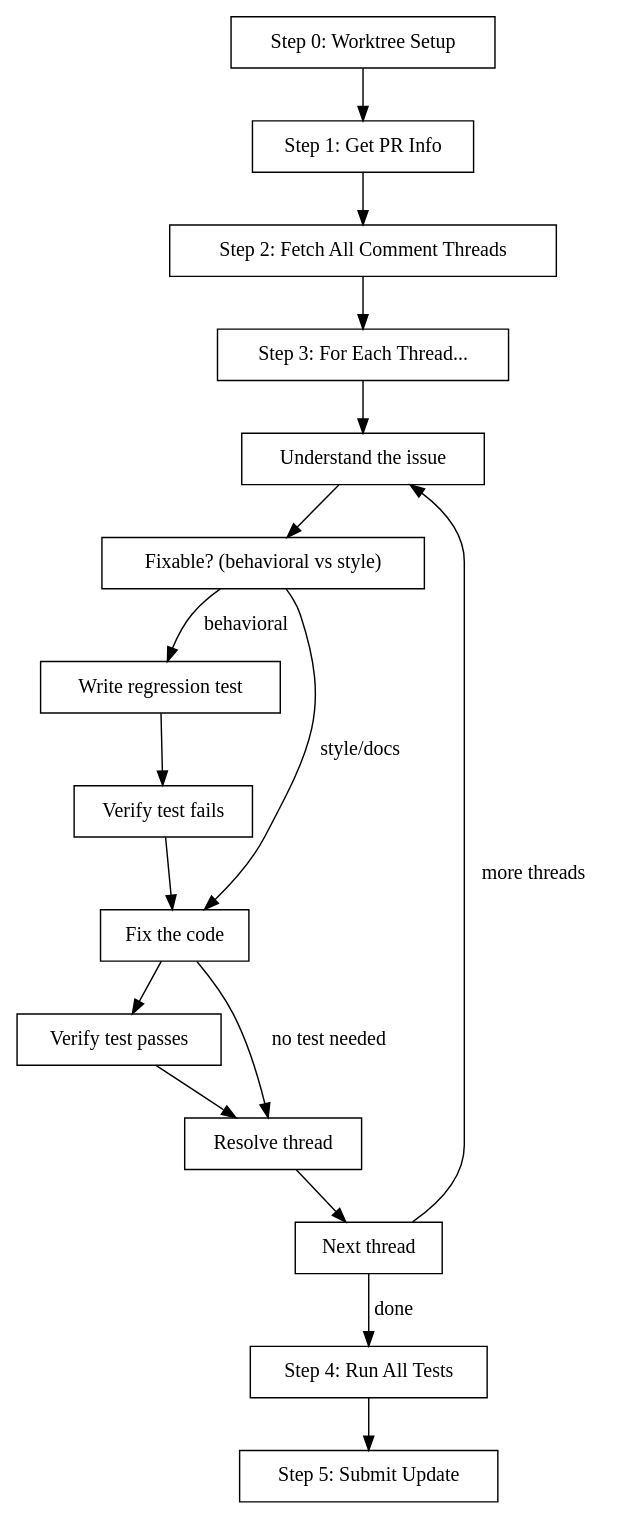
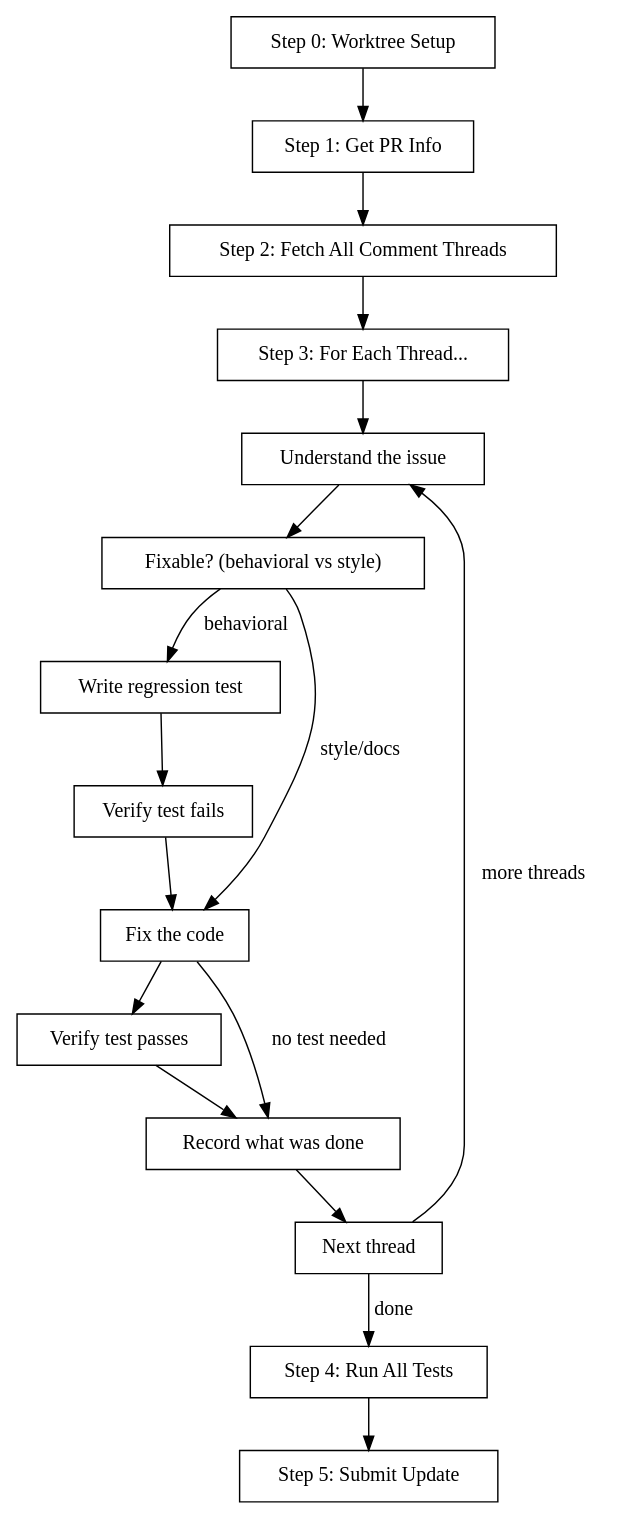
Before and after one commit to relh/metta: the diagram in skills/pr.fix-comments/SKILL.md, drawn with Graphviz. The commit also changed other lines of this file and 2 other files, not shown here.

First line of the commit message:
feat(skills): verify push and code correctness before resolving PR comments (#6617)

````diff
--- a/skills/pr.fix-comments/SKILL.md
+++ b/skills/pr.fix-comments/SKILL.md
@@ -21,30 +21,30 @@
 ```dot
 digraph fix_comments {
   rankdir=TB;
   node [shape=box];
 
   worktree [label="Step 0: Worktree Setup"];
   get_pr [label="Step 1: Get PR Info"];
   fetch [label="Step 2: Fetch All Comment Threads"];
   analyze [label="Step 3: For Each Thread..."];
   understand [label="Understand the issue"];
   decide [label="Fixable? (behavioral vs style)"];
   write_test [label="Write regression test"];
   verify_fail [label="Verify test fails"];
   fix [label="Fix the code"];
   verify_pass [label="Verify test passes"];
-  resolve [label="Resolve thread"];
+  record [label="Record what was done"];
   next [label="Next thread"];
   test [label="Step 4: Run All Tests"];
   submit [label="Step 5: Submit Update"];
 
   worktree -> get_pr -> fetch -> analyze -> understand -> decide;
   decide -> write_test [label="behavioral"];
   decide -> fix [label="style/docs"];
-  write_test -> verify_fail -> fix -> verify_pass -> resolve -> next;
-  fix -> resolve [label="no test needed"];
+  write_test -> verify_fail -> fix -> verify_pass -> record -> next;
+  fix -> record [label="no test needed"];
   next -> understand [label="more threads"];
   next -> test [label="done"];
   test -> submit;
 }
 ```
````
